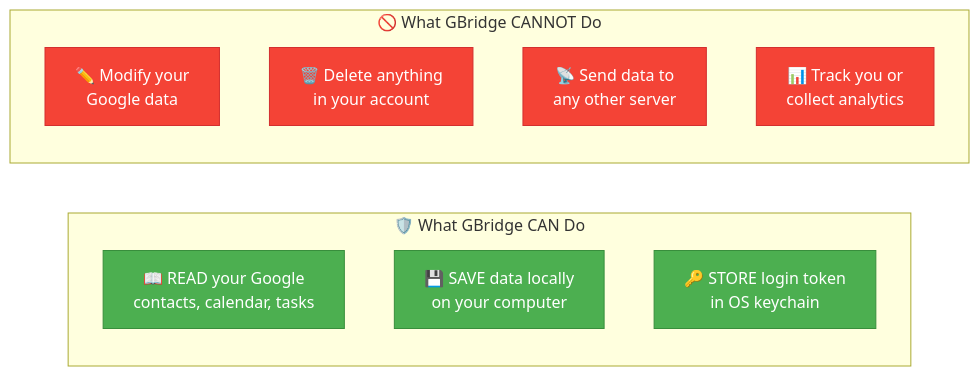
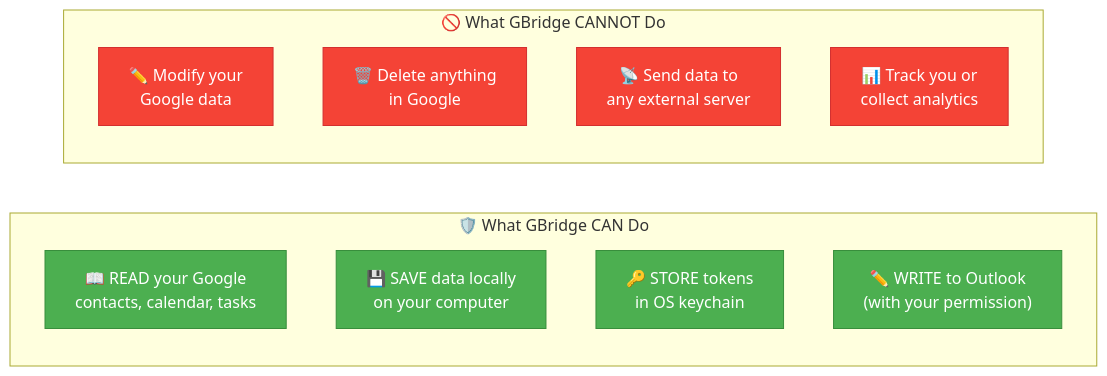
Before and after one commit to amitrintzler/GBridge: the fourth of 4 diagrams in README.md, drawn with Mermaid. The commit also changed other lines of this file, not shown here.

````diff
--- a/README.md
+++ b/README.md
@@ -268,23 +295,25 @@
 ```mermaid
 graph LR
     subgraph "🛡️ What GBridge CAN Do"
         R["📖 READ your Google\ncontacts, calendar, tasks"]
         S["💾 SAVE data locally\non your computer"]
-        K["🔑 STORE login token\nin OS keychain"]
+        K["🔑 STORE tokens\nin OS keychain"]
+        W2["✏️ WRITE to Outlook\n(with your permission)"]
     end
 
     subgraph "🚫 What GBridge CANNOT Do"
         W["✏️ Modify your\nGoogle data"]
-        D["🗑️ Delete anything\nin your account"]
-        N["📡 Send data to\nany other server"]
+        D["🗑️ Delete anything\nin Google"]
+        N["📡 Send data to\nany external server"]
         T2["📊 Track you or\ncollect analytics"]
     end
 
     style R fill:#4caf50,stroke:#388e3c,color:#fff
     style S fill:#4caf50,stroke:#388e3c,color:#fff
     style K fill:#4caf50,stroke:#388e3c,color:#fff
+    style W2 fill:#4caf50,stroke:#388e3c,color:#fff
     style W fill:#f44336,stroke:#d32f2f,color:#fff
     style D fill:#f44336,stroke:#d32f2f,color:#fff
     style N fill:#f44336,stroke:#d32f2f,color:#fff
     style T2 fill:#f44336,stroke:#d32f2f,color:#fff
 ```
````
